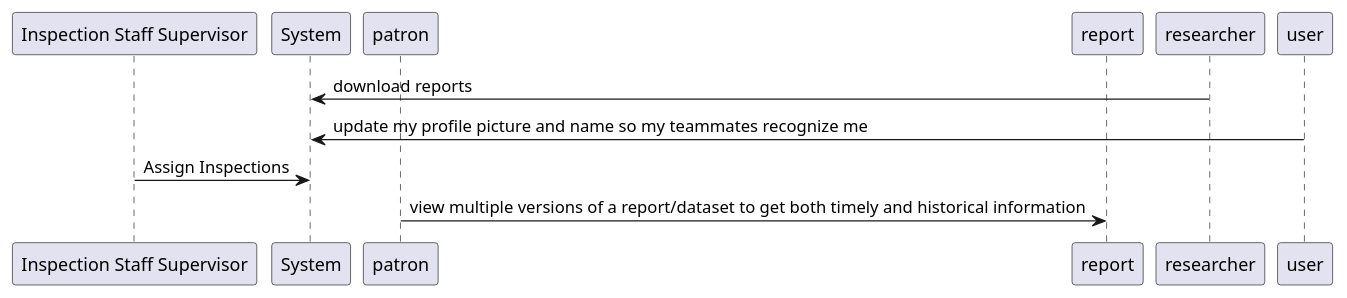
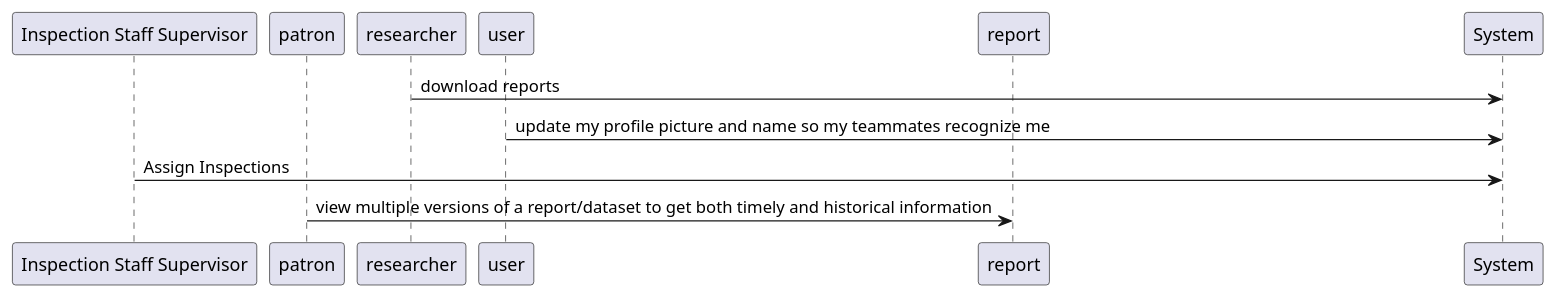
One commit to qamaruddin-qureshi/fyp-uml-diagram-generator changed the diagram in user_stories/golden_puml/sequence/sequence_test_Original_Inspector_System.puml. Above: the diagram before and after it, drawn with PlantUML. The commit also changed other lines of this file and 7 other files, not shown here.

First line of the commit message:
fix(sequence): enforce left-to-right arrow direction

```diff
--- a/user_stories/golden_puml/sequence/sequence_test_Original_Inspector_System.puml
+++ b/user_stories/golden_puml/sequence/sequence_test_Original_Inspector_System.puml
@@ -1,12 +1,12 @@
 @startuml
 participant "Inspection Staff Supervisor" as Inspection_Staff_Supervisor
-participant "System" as System
 participant "patron" as patron
-participant "report" as report
 participant "researcher" as researcher
 participant "user" as user
+participant "report" as report
+participant "System" as System
 researcher -> System: download reports
 user -> System: update my profile picture and name so my teammates recognize me
 Inspection_Staff_Supervisor -> System: Assign Inspections
 patron -> report: view multiple versions of a report/dataset to get both timely and historical information
 @enduml
```
